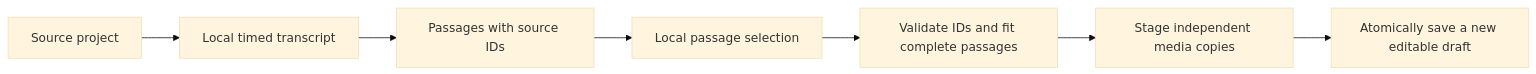
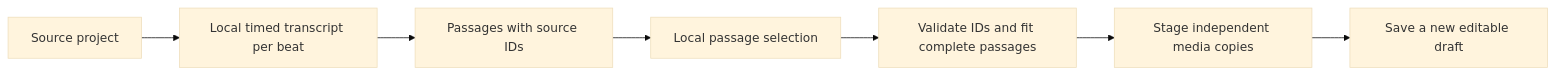
The diagram in docs/ai-editing.md (mieweb/pulse), drawn with Mermaid (base theme) before and after one commit. The commit also changed other lines of this file and 7 other files, not shown here.

````diff
--- a/docs/ai-editing.md
+++ b/docs/ai-editing.md
@@ -56,9 +89,9 @@
 ```mermaid
 flowchart LR
-  source[Source project] --> words[Local timed transcript]
+  source[Source project] --> words[Local timed transcript per beat]
   words --> passages[Passages with source IDs]
   passages --> model[Local passage selection]
   model --> validate[Validate IDs and fit complete passages]
   validate --> copy[Stage independent media copies]
-  copy --> commit[Atomically save a new editable draft]
+  copy --> commit[Save a new editable draft]
 ```
````
